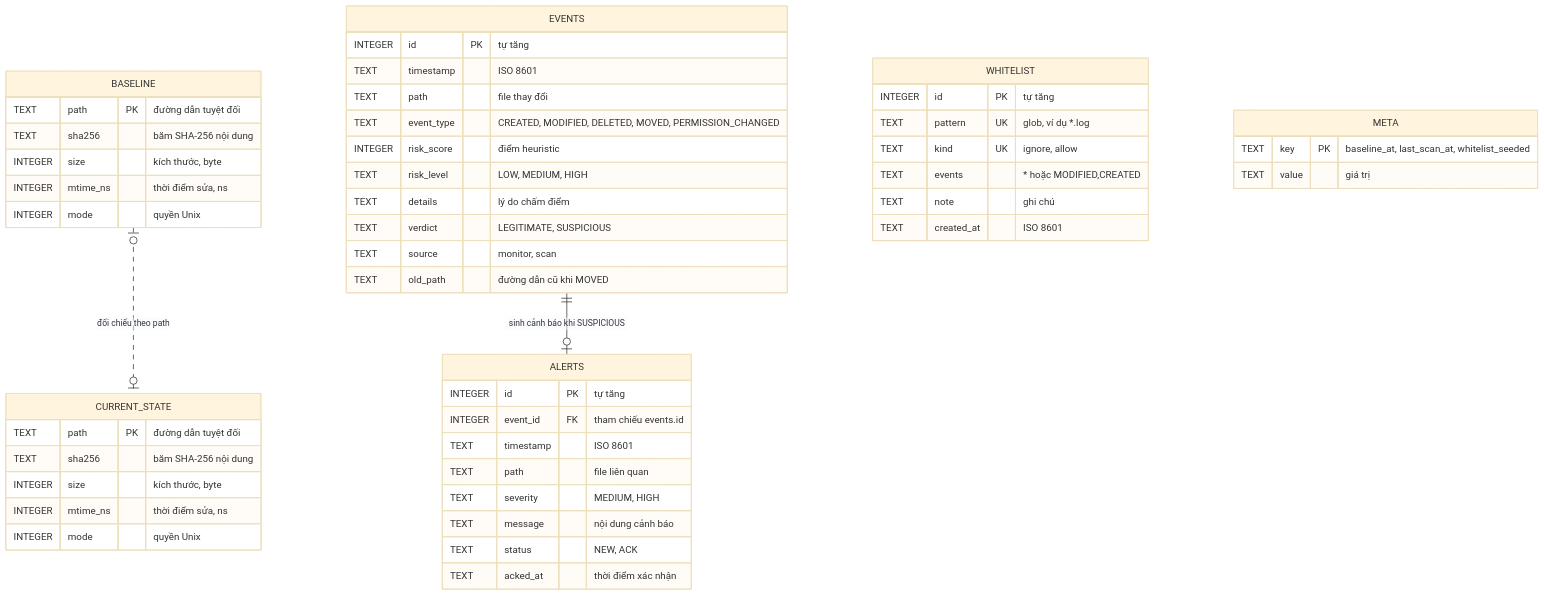
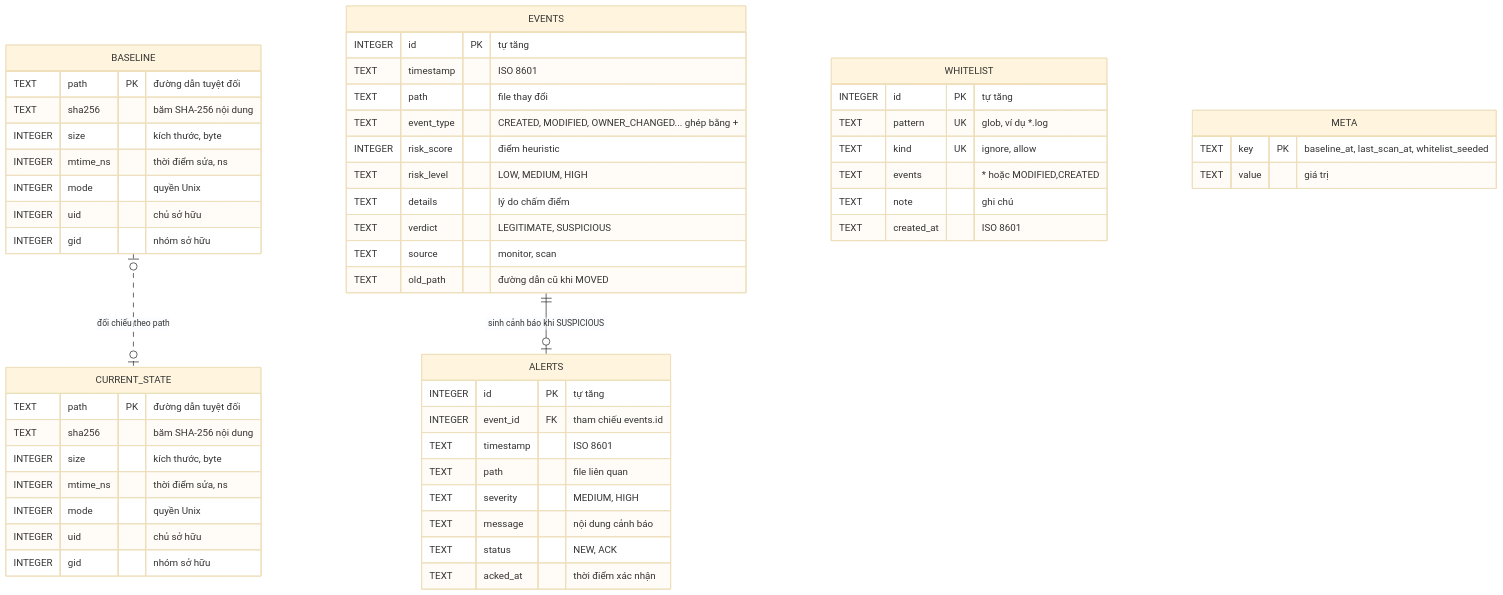
One commit to huukhai243/FIM_Project changed the fifth of 5 diagrams in docs/diagrams.md. Above: the diagram before and after it, drawn with Mermaid (base theme). The commit also changed other lines of this file and 8 other files, not shown here.

````diff
--- a/docs/diagrams.md
+++ b/docs/diagrams.md
@@ -137,53 +137,57 @@
 ```mermaid
 erDiagram
   BASELINE {
     TEXT path PK "đường dẫn tuyệt đối"
     TEXT sha256 "băm SHA-256 nội dung"
     INTEGER size "kích thước, byte"
     INTEGER mtime_ns "thời điểm sửa, ns"
     INTEGER mode "quyền Unix"
+    INTEGER uid "chủ sở hữu"
+    INTEGER gid "nhóm sở hữu"
   }
   CURRENT_STATE {
     TEXT path PK "đường dẫn tuyệt đối"
     TEXT sha256 "băm SHA-256 nội dung"
     INTEGER size "kích thước, byte"
     INTEGER mtime_ns "thời điểm sửa, ns"
     INTEGER mode "quyền Unix"
+    INTEGER uid "chủ sở hữu"
+    INTEGER gid "nhóm sở hữu"
   }
   EVENTS {
     INTEGER id PK "tự tăng"
     TEXT timestamp "ISO 8601"
     TEXT path "file thay đổi"
-    TEXT event_type "CREATED, MODIFIED, DELETED, MOVED, PERMISSION_CHANGED"
+    TEXT event_type "CREATED, MODIFIED, OWNER_CHANGED... ghép bằng +"
     INTEGER risk_score "điểm heuristic"
     TEXT risk_level "LOW, MEDIUM, HIGH"
     TEXT details "lý do chấm điểm"
     TEXT verdict "LEGITIMATE, SUSPICIOUS"
     TEXT source "monitor, scan"
     TEXT old_path "đường dẫn cũ khi MOVED"
   }
   ALERTS {
     INTEGER id PK "tự tăng"
     INTEGER event_id FK "tham chiếu events.id"
     TEXT timestamp "ISO 8601"
     TEXT path "file liên quan"
     TEXT severity "MEDIUM, HIGH"
     TEXT message "nội dung cảnh báo"
     TEXT status "NEW, ACK"
     TEXT acked_at "thời điểm xác nhận"
   }
   WHITELIST {
     INTEGER id PK "tự tăng"
     TEXT pattern UK "glob, ví dụ *.log"
     TEXT kind UK "ignore, allow"
     TEXT events "* hoặc MODIFIED,CREATED"
     TEXT note "ghi chú"
     TEXT created_at "ISO 8601"
   }
   META {
     TEXT key PK "baseline_at, last_scan_at, whitelist_seeded"
     TEXT value "giá trị"
   }
   EVENTS ||--o| ALERTS : "sinh cảnh báo khi SUSPICIOUS"
   BASELINE |o..o| CURRENT_STATE : "đối chiếu theo path"
 ```
````
